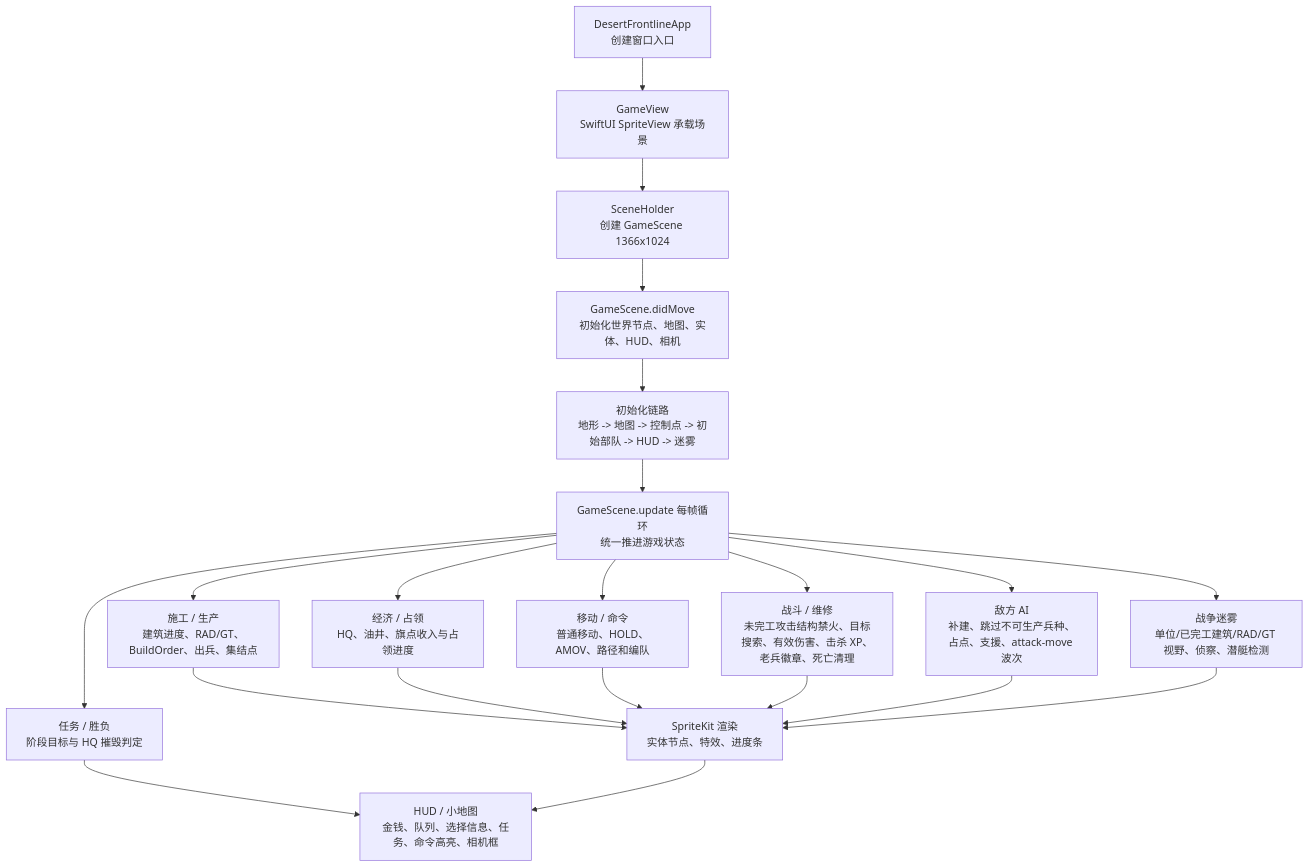
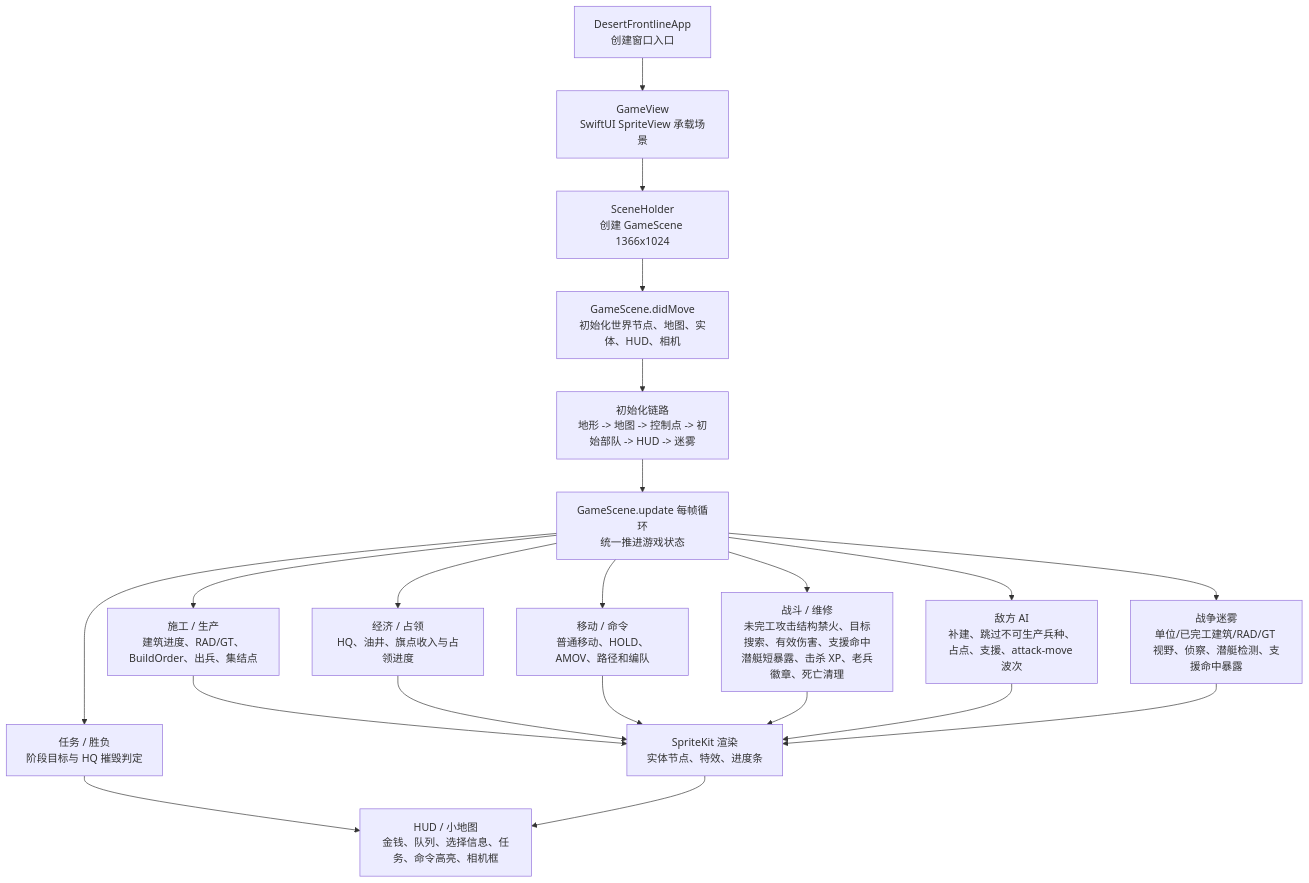
The first of 3 diagrams in md/flow/flowchart.md (Altman-sam114/1145), drawn with Mermaid before and after one commit. The commit also changed 4 other files, not shown here.

````diff
--- a/md/flow/flowchart.md
+++ b/md/flow/flowchart.md
@@ -9,23 +9,23 @@
 ```mermaid
 flowchart TD
   App["DesertFrontlineApp\n创建窗口入口"] --> View["GameView\nSwiftUI SpriteView 承载场景"]
   View --> Holder["SceneHolder\n创建 GameScene 1366x1024"]
   Holder --> Scene["GameScene.didMove\n初始化世界节点、地图、实体、HUD、相机"]
   Scene --> Init["初始化链路\n地形 -> 地图 -> 控制点 -> 初始部队 -> HUD -> 迷雾"]
   Init --> Loop["GameScene.update 每帧循环\n统一推进游戏状态"]
   Loop --> Build["施工 / 生产\n建筑进度、RAD/GT、BuildOrder、出兵、集结点"]
   Loop --> Economy["经济 / 占领\nHQ、油井、旗点收入与占领进度"]
   Loop --> Commands["移动 / 命令\n普通移动、HOLD、AMOV、路径和编队"]
-  Loop --> Combat["战斗 / 维修\n未完工攻击结构禁火、目标搜索、有效伤害、击杀 XP、老兵徽章、死亡清理"]
+  Loop --> Combat["战斗 / 维修\n未完工攻击结构禁火、目标搜索、有效伤害、支援命中潜艇短暴露、击杀 XP、老兵徽章、死亡清理"]
   Loop --> AI["敌方 AI\n补建、跳过不可生产兵种、占点、支援、attack-move 波次"]
-  Loop --> Fog["战争迷雾\n单位/已完工建筑/RAD/GT 视野、侦察、潜艇检测"]
+  Loop --> Fog["战争迷雾\n单位/已完工建筑/RAD/GT 视野、侦察、潜艇检测、支援命中暴露"]
   Loop --> Mission["任务 / 胜负\n阶段目标与 HQ 摧毁判定"]
   Build --> Render["SpriteKit 渲染\n实体节点、特效、进度条"]
   Economy --> Render
   Commands --> Render
   Combat --> Render
   AI --> Render
   Fog --> Render
   Mission --> HUD["HUD / 小地图\n金钱、队列、选择信息、任务、命令高亮、相机框"]
   Render --> HUD
 ```
````
